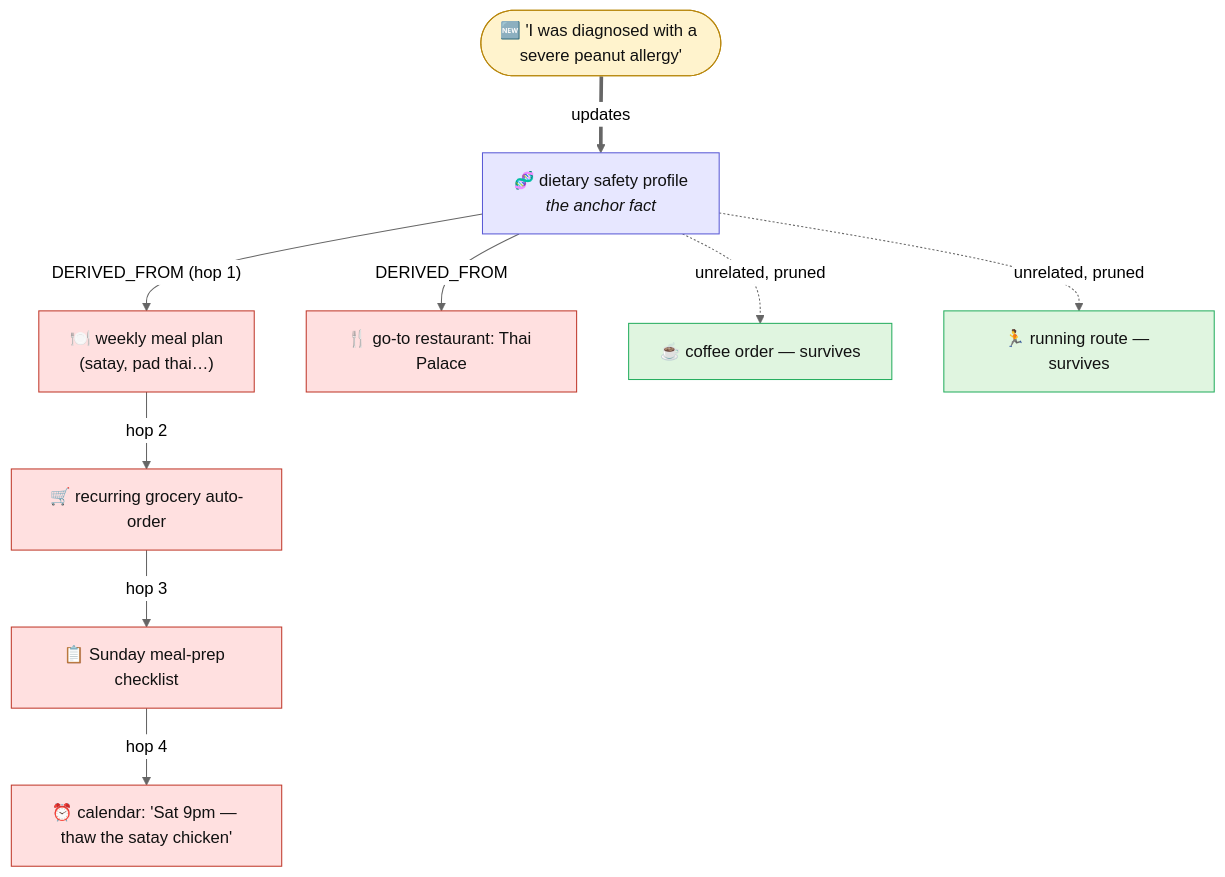
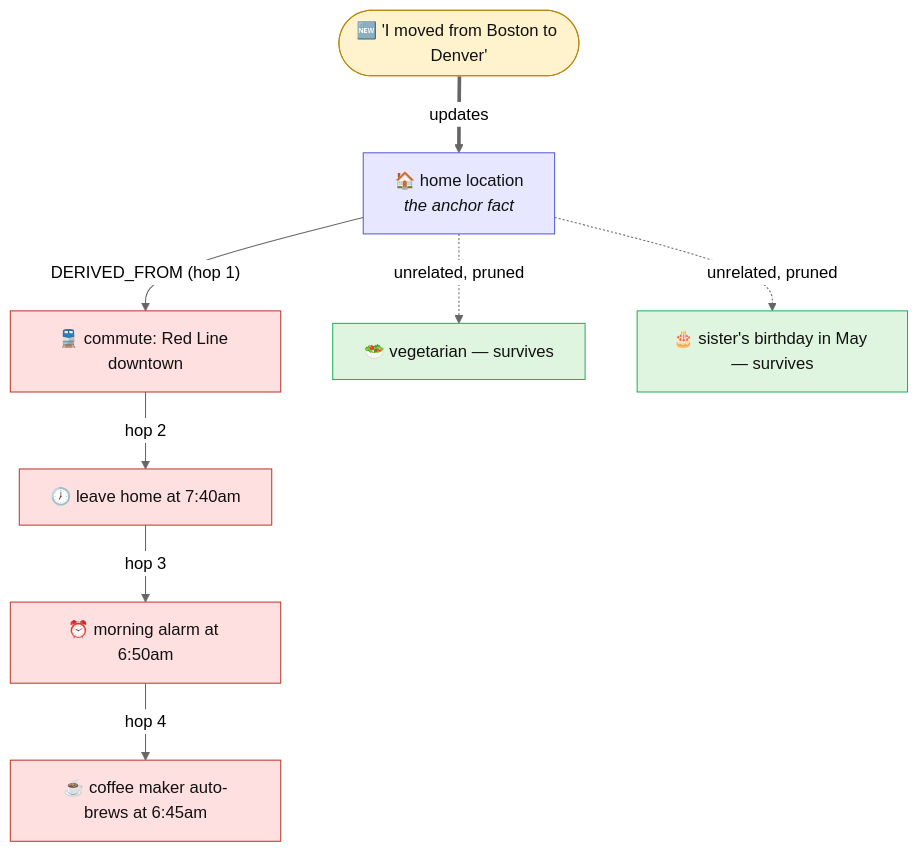
One commit to rdarshan10/GEM changed the diagram in README.md. Above: the diagram before and after it, drawn with Mermaid (neutral theme). The commit also changed other lines of this file, not shown here.

Commit message:
Docs: swap example to a realistic personal-intelligence one (relocation, 4-hop cascade)

````diff
--- a/README.md
+++ b/README.md
@@ -25,20 +25,18 @@
 ```mermaid
 flowchart TD
-    T(["🆕 'I was diagnosed with a severe peanut allergy'"]):::trig
-    T ==>|updates| A["🧬 dietary safety profile<br/><i>the anchor fact</i>"]:::anchor
+    T(["🆕 'I moved from Boston to Denver'"]):::trig
+    T ==>|updates| A["🏠 home location<br/><i>the anchor fact</i>"]:::anchor
 
-    A -->|"DERIVED_FROM (hop 1)"| M["🍽️ weekly meal plan<br/>(satay, pad thai…)"]:::stale
-    M -->|"hop 2"| G["🛒 recurring grocery auto-order"]:::stale
-    G -->|"hop 3"| P["📋 Sunday meal-prep checklist"]:::stale
-    P -->|"hop 4"| C["⏰ calendar: 'Sat 9pm — thaw the satay chicken'"]:::stale
+    A -->|"DERIVED_FROM (hop 1)"| M["🚆 commute: Red Line downtown"]:::stale
+    M -->|"hop 2"| D["🕖 leave home at 7:40am"]:::stale
+    D -->|"hop 3"| AL["⏰ morning alarm at 6:50am"]:::stale
+    AL -->|"hop 4"| CM["☕ coffee maker auto-brews at 6:45am"]:::stale
 
-    A -->|DERIVED_FROM| R["🍴 go-to restaurant: Thai Palace"]:::stale
-
-    A -. unrelated, pruned .-> K1["☕ coffee order — survives"]:::keep
-    A -. unrelated, pruned .-> K2["🏃 running route — survives"]:::keep
+    A -. unrelated, pruned .-> K1["🥗 vegetarian — survives"]:::keep
+    A -. unrelated, pruned .-> K2["🎂 sister's birthday in May — survives"]:::keep
 
     classDef trig fill:#fff3cd,stroke:#b8860b,color:#111;
     classDef anchor fill:#e7e7ff,stroke:#5b5bd6,color:#111;
     classDef stale fill:#ffe0e0,stroke:#c0392b,color:#111;
     classDef keep fill:#e0f5e0,stroke:#27ae60,color:#111;
 ```
````
